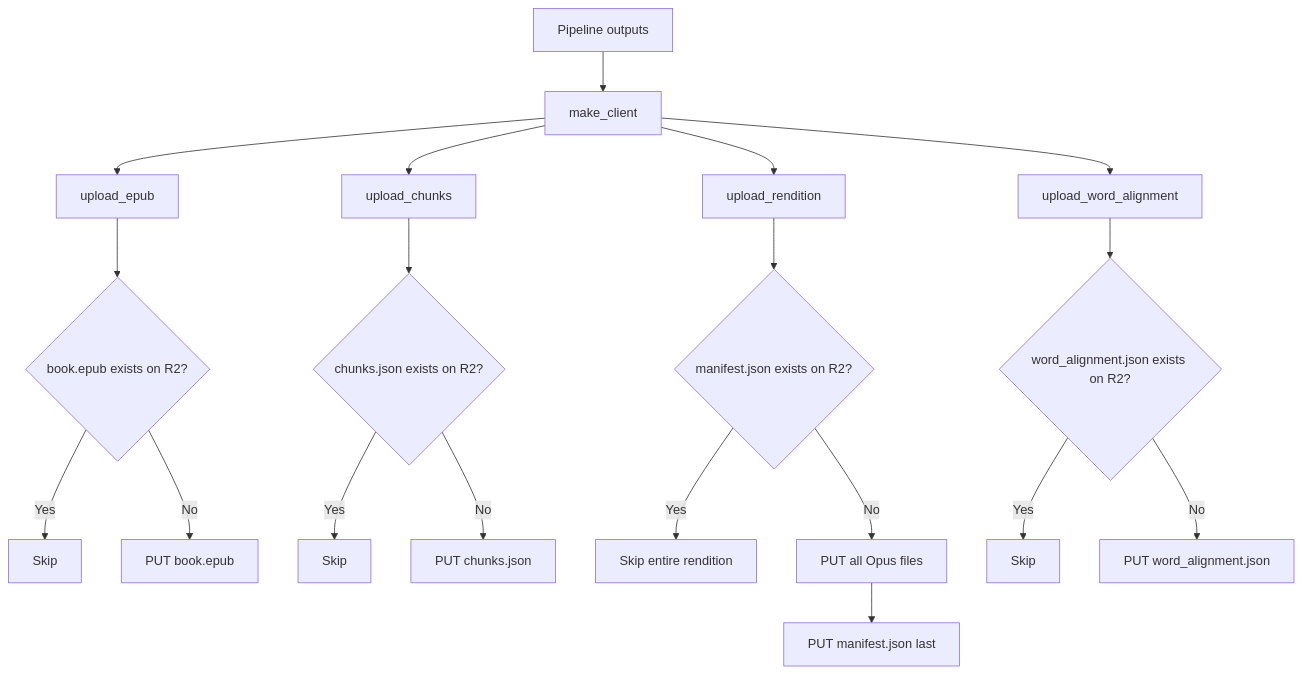
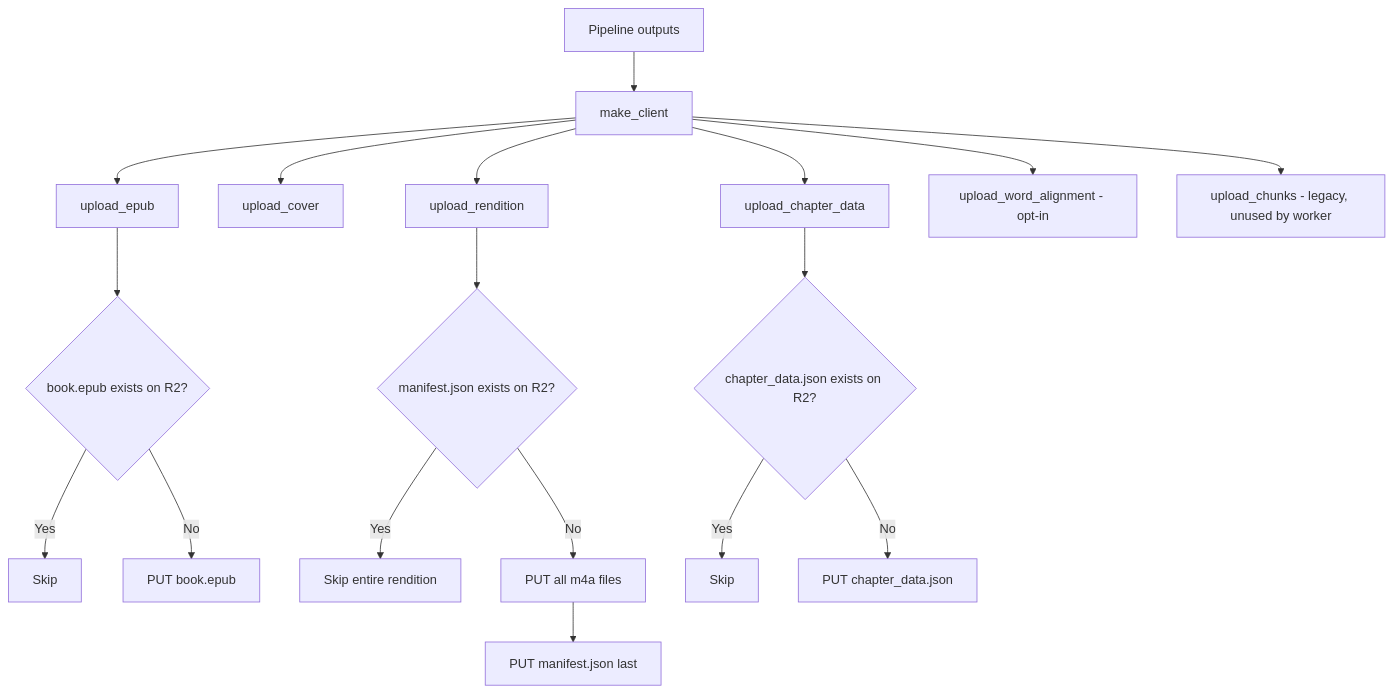
One commit to jkoeh/openshelf changed the diagram in pipeline/docs/step6-r2.md. Above: the diagram before and after it, drawn with Mermaid. The commit also changed other lines of this file and 14 other files, not shown here.

````diff
--- a/pipeline/docs/step6-r2.md
+++ b/pipeline/docs/step6-r2.md
@@ -10,25 +10,23 @@
 ```mermaid
 graph TD
     A[Pipeline outputs] --> B[make_client]
     B --> C[upload_epub]
-    B --> D[upload_chunks]
+    B --> D[upload_cover]
     B --> E[upload_rendition]
-    B --> F[upload_word_alignment]
+    B --> F[upload_chapter_data]
+    B --> G[upload_word_alignment - opt-in]
+    B --> H[upload_chunks - legacy, unused by worker]
 
-    C --> G{book.epub exists on R2?}
-    G -->|Yes| H[Skip]
-    G -->|No| I[PUT book.epub]
+    C --> C1{book.epub exists on R2?}
+    C1 -->|Yes| C2[Skip]
+    C1 -->|No| C3[PUT book.epub]
 
-    D --> J{chunks.json exists on R2?}
-    J -->|Yes| K[Skip]
-    J -->|No| L[PUT chunks.json]
+    E --> E1{manifest.json exists on R2?}
+    E1 -->|Yes| E2[Skip entire rendition]
+    E1 -->|No| E3[PUT all m4a files]
+    E3 --> E4[PUT manifest.json last]
 
-    E --> M{manifest.json exists on R2?}
-    M -->|Yes| N[Skip entire rendition]
-    M -->|No| O[PUT all Opus files]
-    O --> P[PUT manifest.json last]
-
-    F --> Q{word_alignment.json exists on R2?}
-    Q -->|Yes| R[Skip]
-    Q -->|No| S[PUT word_alignment.json]
+    F --> F1{chapter_data.json exists on R2?}
+    F1 -->|Yes| F2[Skip]
+    F1 -->|No| F3[PUT chapter_data.json]
 ```
````
